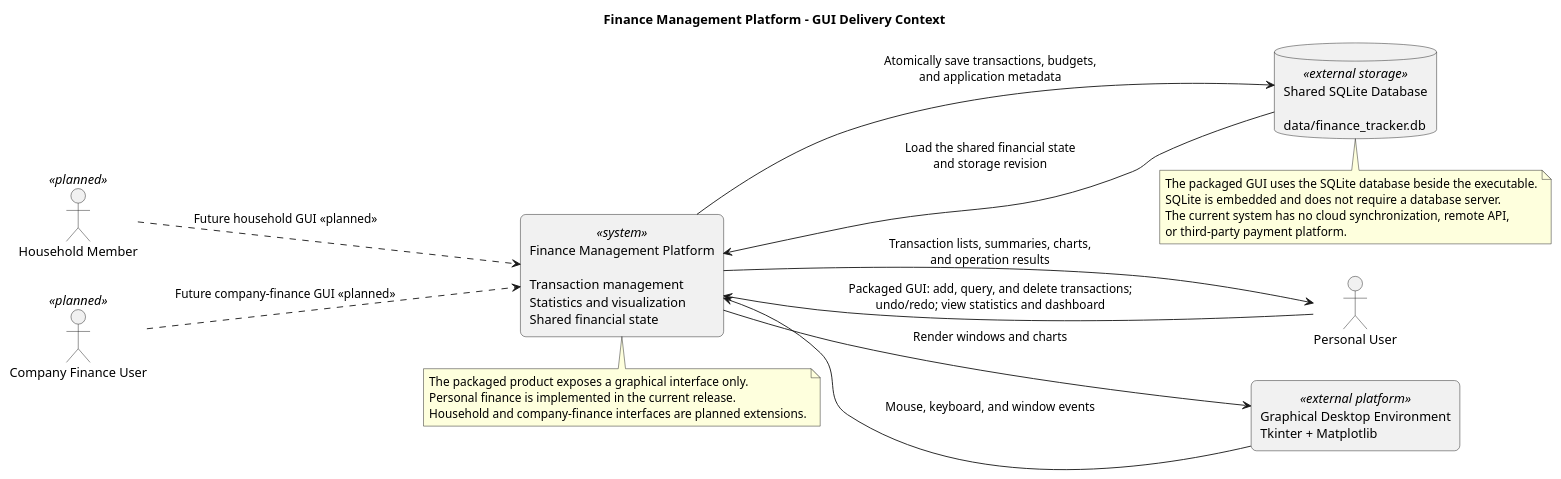
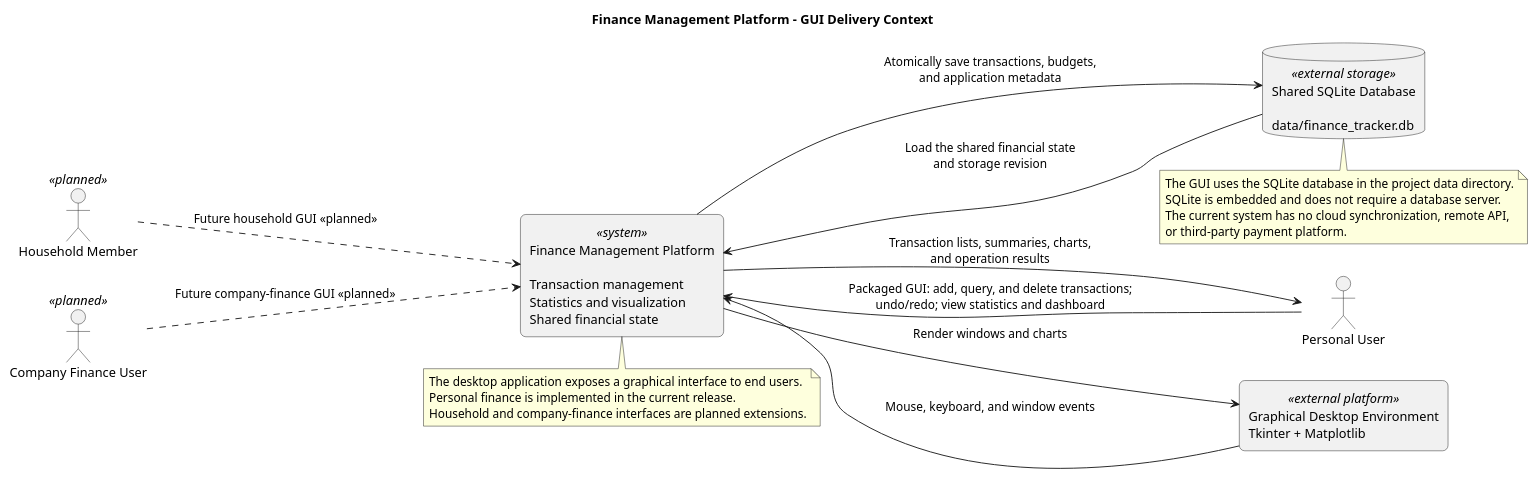
The diagram in docs/uml/00-context-modeling.puml (pasta1223/finance-tracker), drawn with PlantUML before and after one commit. The commit also changed 52 other files, not shown here.

```diff
--- a/docs/uml/00-context-modeling.puml
+++ b/docs/uml/00-context-modeling.puml
@@ -1,42 +1,42 @@
 @startuml
 title Finance Management Platform - GUI Delivery Context
 
 left to right direction
 skinparam shadowing false
 skinparam rectangle {
   RoundCorner 12
 }
 
 actor "Personal User" as PersonalUser
 actor "Household Member" as HouseholdUser <<planned>>
 actor "Company Finance User" as BusinessUser <<planned>>
 
 rectangle "Graphical Desktop Environment\nTkinter + Matplotlib" as Desktop <<external platform>>
 rectangle "Finance Management Platform\n\nTransaction management\nStatistics and visualization\nShared financial state" as FinanceSystem <<system>>
 database "Shared SQLite Database\n\ndata/finance_tracker.db" as Ledger <<external storage>>
 
 PersonalUser --> FinanceSystem : Packaged GUI: add, query, and delete transactions;\nundo/redo; view statistics and dashboard
 FinanceSystem --> PersonalUser : Transaction lists, summaries, charts,\nand operation results
 HouseholdUser ..> FinanceSystem : Future household GUI <<planned>>
 BusinessUser ..> FinanceSystem : Future company-finance GUI <<planned>>
 
 FinanceSystem --> Desktop : Render windows and charts
 Desktop --> FinanceSystem : Mouse, keyboard, and window events
 
 FinanceSystem --> Ledger : Atomically save transactions, budgets,\nand application metadata
 Ledger --> FinanceSystem : Load the shared financial state\nand storage revision
 
 note bottom of FinanceSystem
-  The packaged product exposes a graphical interface only.
+  The desktop application exposes a graphical interface to end users.
   Personal finance is implemented in the current release.
   Household and company-finance interfaces are planned extensions.
 end note
 
 note bottom of Ledger
-  The packaged GUI uses the SQLite database beside the executable.
+  The GUI uses the SQLite database in the project data directory.
   SQLite is embedded and does not require a database server.
   The current system has no cloud synchronization, remote API,
   or third-party payment platform.
 end note
 
 @enduml
```
